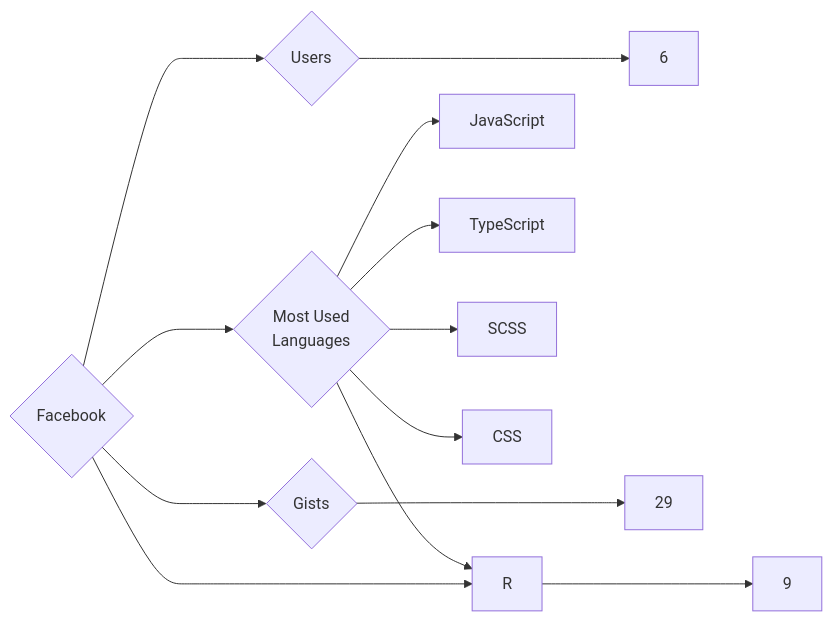
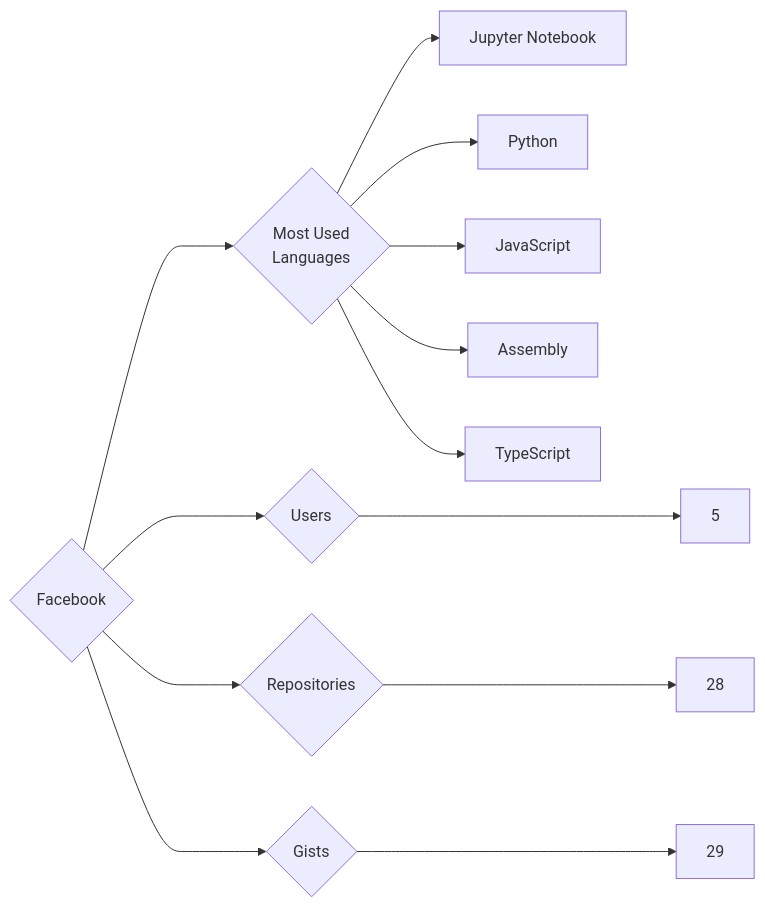
The diagram in targets/Facebook/README.md (trickest/insiders), drawn with Mermaid before and after one commit. The commit also changed 865 other files, not shown here.

````diff
--- a/targets/Facebook/README.md
+++ b/targets/Facebook/README.md
@@ -3,13 +3,13 @@
 ```mermaid
 graph LR
 COMPANY_NAME{Facebook}
-COMPANY_NAME ---> U{Users} ---> UN[6]
-COMPANY_NAME ---> R{Repositories} ---> RN[9]
+COMPANY_NAME ---> U{Users} ---> UN[5]
+COMPANY_NAME ---> R{Repositories} ---> RN[28]
 COMPANY_NAME ---> G{Gists} ---> GN[29]
 COMPANY_NAME ---> ML{Most Used<br>Languages}
+ML --> Jupyter_Notebook[Jupyter Notebook]
+ML --> Python[Python]
 ML --> JavaScript[JavaScript]
-ML --> R[R]
+ML --> Assembly[Assembly]
 ML --> TypeScript[TypeScript]
-ML --> SCSS[SCSS]
-ML --> CSS[CSS]
 ```
````
